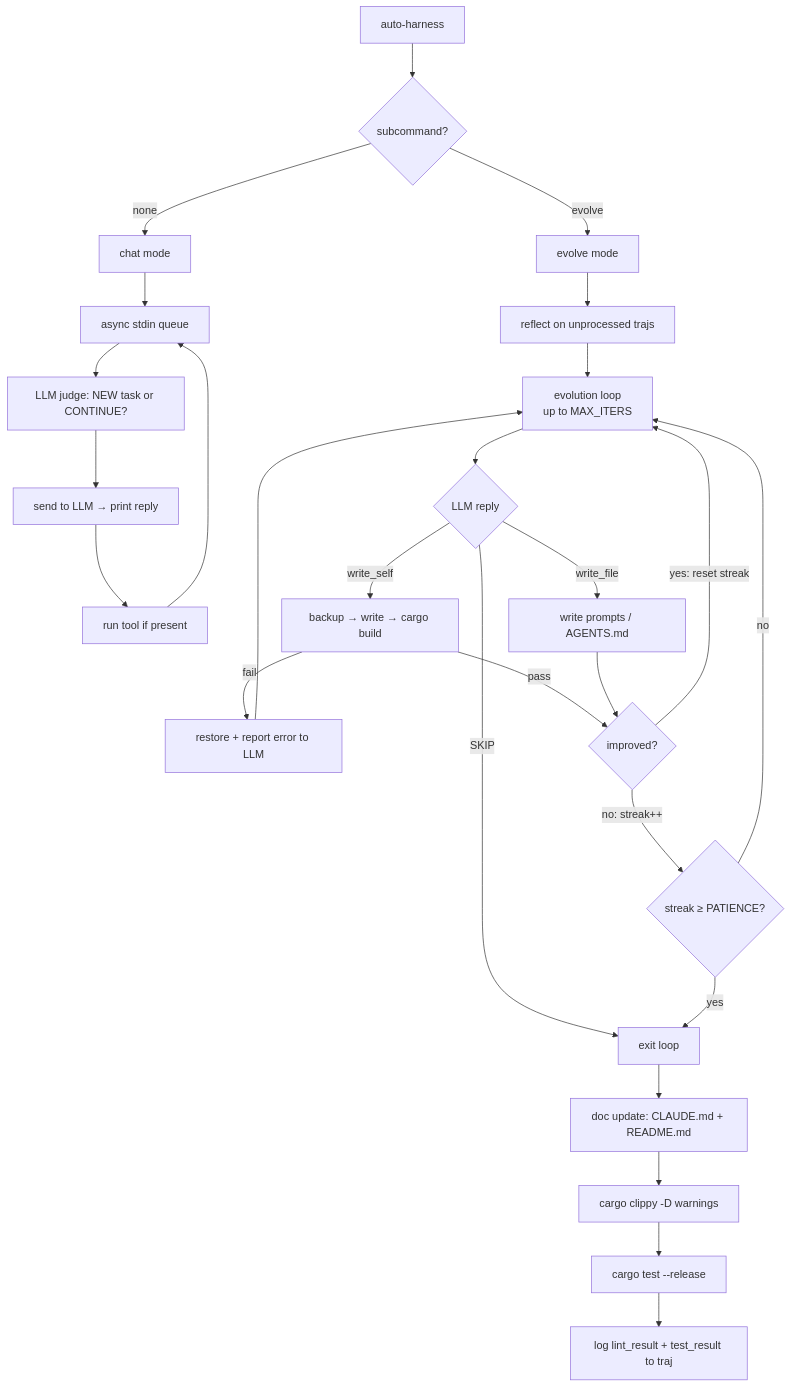
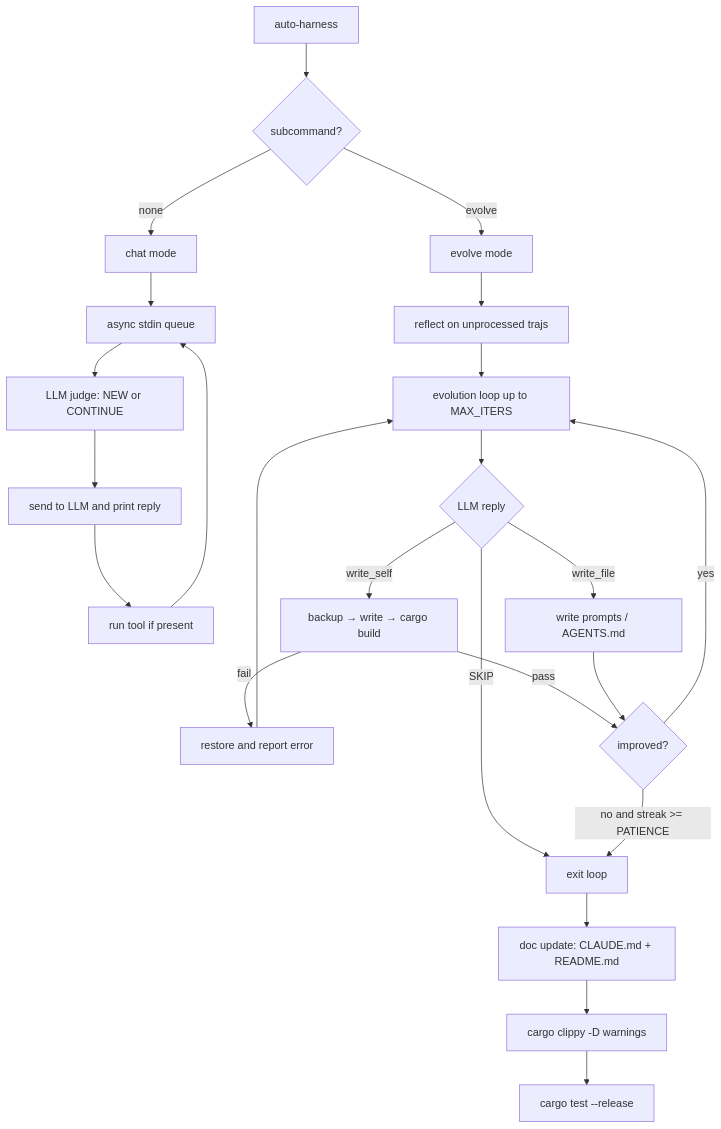
The diagram in README.md (Engineering4AI/AutoHarness), drawn with Mermaid before and after one commit. The commit also changed other lines of this file, not shown here.

````diff
--- a/README.md
+++ b/README.md
@@ -11,31 +56,28 @@
 ```mermaid
 flowchart TD
     A[auto-harness] --> B{subcommand?}
     B -->|none| C[chat mode]
     B -->|evolve| D[evolve mode]
 
     C --> C1[async stdin queue]
-    C1 --> C2[LLM judge: NEW task or CONTINUE?]
-    C2 --> C3[send to LLM → print reply]
+    C1 --> C2[LLM judge: NEW or CONTINUE]
+    C2 --> C3[send to LLM and print reply]
     C3 --> C4[run tool if present]
     C4 --> C1
 
     D --> D1[reflect on unprocessed trajs]
-    D1 --> D2[evolution loop\nup to MAX_ITERS]
+    D1 --> D2[evolution loop up to MAX_ITERS]
     D2 --> D3{LLM reply}
     D3 -->|SKIP| D5[exit loop]
     D3 -->|write_self| D4[backup → write → cargo build]
-    D4 -->|fail| D6[restore + report error to LLM]
+    D4 -->|fail| D6[restore and report error]
     D6 --> D2
     D4 -->|pass| D8{improved?}
     D3 -->|write_file| D9[write prompts / AGENTS.md]
     D9 --> D8
-    D8 -->|yes: reset streak| D2
-    D8 -->|no: streak++| D10{streak ≥ PATIENCE?}
-    D10 -->|no| D2
-    D10 -->|yes| D5
+    D8 -->|yes| D2
+    D8 -->|no and streak >= PATIENCE| D5
     D5 --> D7[doc update: CLAUDE.md + README.md]
     D7 --> D11[cargo clippy -D warnings]
     D11 --> D12[cargo test --release]
-    D12 --> D13[log lint_result + test_result to traj]
 ```
````
